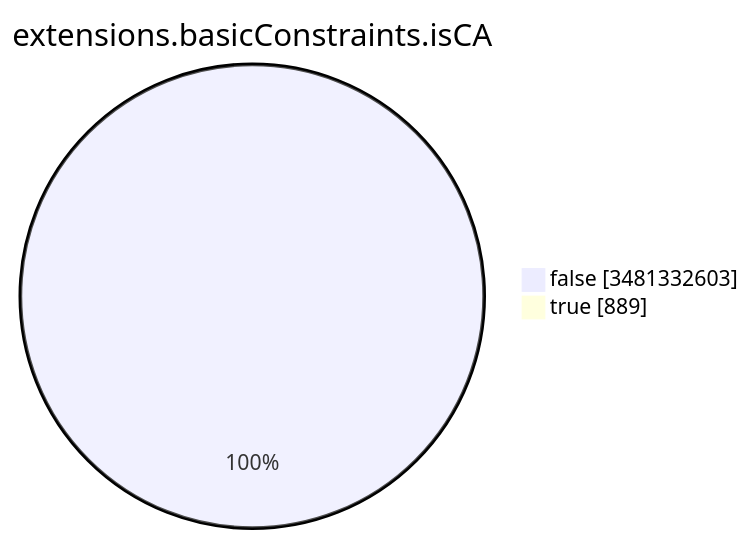
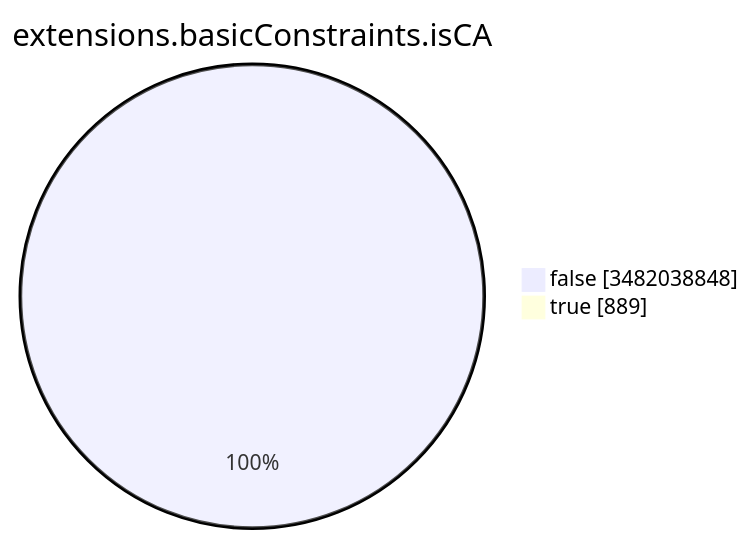
The seventh of 15 diagrams in TOTAL/README.md (christiankrug/ctmonitor_visualization), drawn with Mermaid before and after one commit. The commit also changed other lines of this file, not shown here.

````diff
--- a/TOTAL/README.md
+++ b/TOTAL/README.md
@@ -3093,6 +3093,6 @@
 ```mermaid
 pie showData
 title extensions.basicConstraints.isCA
-"false" :3481332603
+"false" :3482038848
 "true" :889
 ```
````
